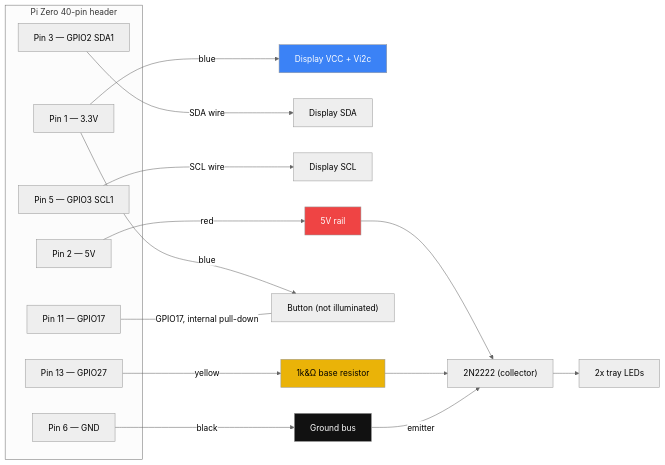
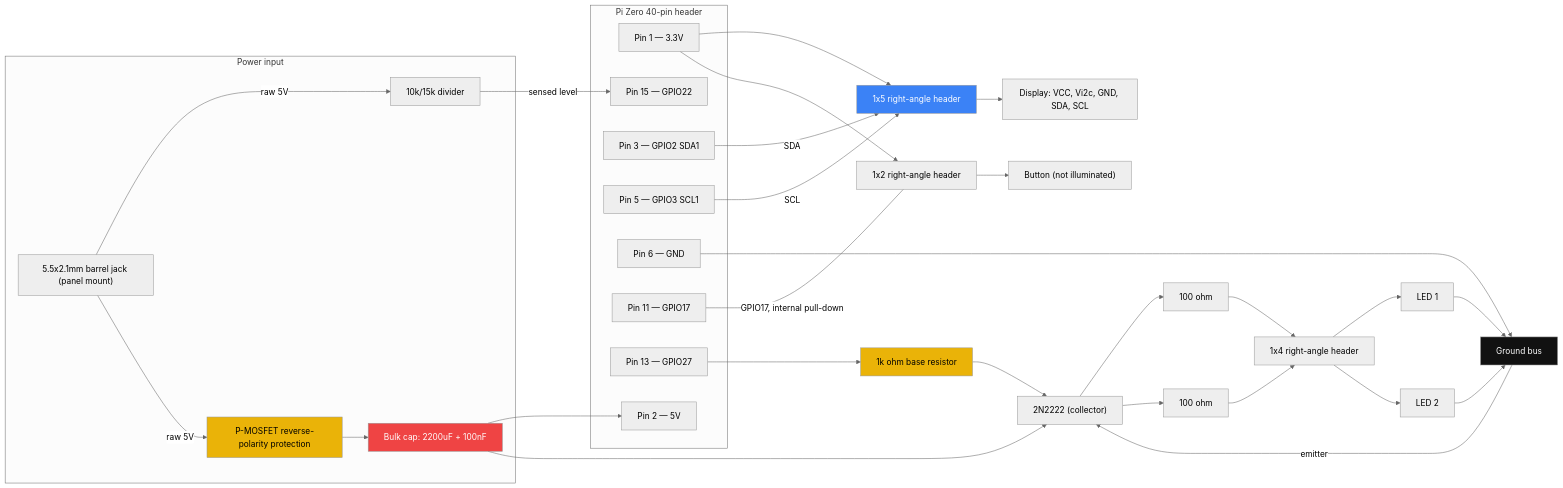
The diagram in hardware/WIRING.md (ericboehlke/Resistor-Reader), drawn with Mermaid (neutral theme) before and after one commit. The commit also changed other lines of this file, not shown here.

````diff
--- a/hardware/WIRING.md
+++ b/hardware/WIRING.md
@@ -109,32 +162,51 @@
 ```mermaid
 graph LR
+    subgraph PWR["Power input"]
+        JACK["5.5x2.1mm barrel jack (panel mount)"]
+        SENSE["10k/15k divider"]
+        PROT["P-MOSFET reverse-polarity protection"]
+        CAP["Bulk cap: 2200uF + 100nF"]
+    end
+
     subgraph Pi["Pi Zero 40-pin header"]
         P1["Pin 1 — 3.3V"]
         P2["Pin 2 — 5V"]
         P3["Pin 3 — GPIO2 SDA1"]
         P5["Pin 5 — GPIO3 SCL1"]
         P6["Pin 6 — GND"]
         P11["Pin 11 — GPIO17"]
         P13["Pin 13 — GPIO27"]
+        P15["Pin 15 — GPIO22"]
     end
 
-    P1 -->|blue| DVCC["Display VCC + Vi2c"]
-    P3 -->|SDA wire| DSDA["Display SDA"]
-    P5 -->|SCL wire| DSCL["Display SCL"]
-    P6 -->|black| GND["Ground bus"]
+    JACK -->|raw 5V| SENSE
+    SENSE -->|sensed level| P15
+    JACK -->|raw 5V| PROT
+    PROT --> CAP
+    CAP --> P2
 
-    P1 -->|blue| BTN["Button (not illuminated)"]
-    P11 ---|GPIO17, internal pull-down| BTN
+    P1 --> DCONN["1x5 right-angle header"]
+    P3 -->|SDA| DCONN
+    P5 -->|SCL| DCONN
+    P6 --> GND["Ground bus"]
+    DCONN --> DISP["Display: VCC, Vi2c, GND, SDA, SCL"]
 
-    P2 -->|red| RAIL5V["5V rail"]
-    P13 -->|yellow| BASE["1k&#8486; base resistor"]
-    RAIL5V --> Q1["2N2222 (collector)"]
+    P1 --> BCONN["1x2 right-angle header"]
+    P11 ---|GPIO17, internal pull-down| BCONN
+    BCONN --> BTN["Button (not illuminated)"]
+
+    P13 --> BASE["1k ohm base resistor"]
+    CAP --> Q1["2N2222 (collector)"]
     BASE --> Q1
     GND -->|emitter| Q1
-    Q1 --> LEDS["2x tray LEDs"]
+    Q1 --> R1["100 ohm"] --> LCONN["1x4 right-angle header"]
+    Q1 --> R2["100 ohm"] --> LCONN
+    LCONN --> LED1["LED 1"] --> GND
+    LCONN --> LED2["LED 2"] --> GND
 
-    style DVCC fill:#3b82f6,color:#fff
-    style RAIL5V fill:#ef4444,color:#fff
+    style DCONN fill:#3b82f6,color:#fff
+    style CAP fill:#ef4444,color:#fff
     style GND fill:#111,color:#fff
     style BASE fill:#eab308,color:#000
+    style PROT fill:#eab308,color:#000
 ```
````
